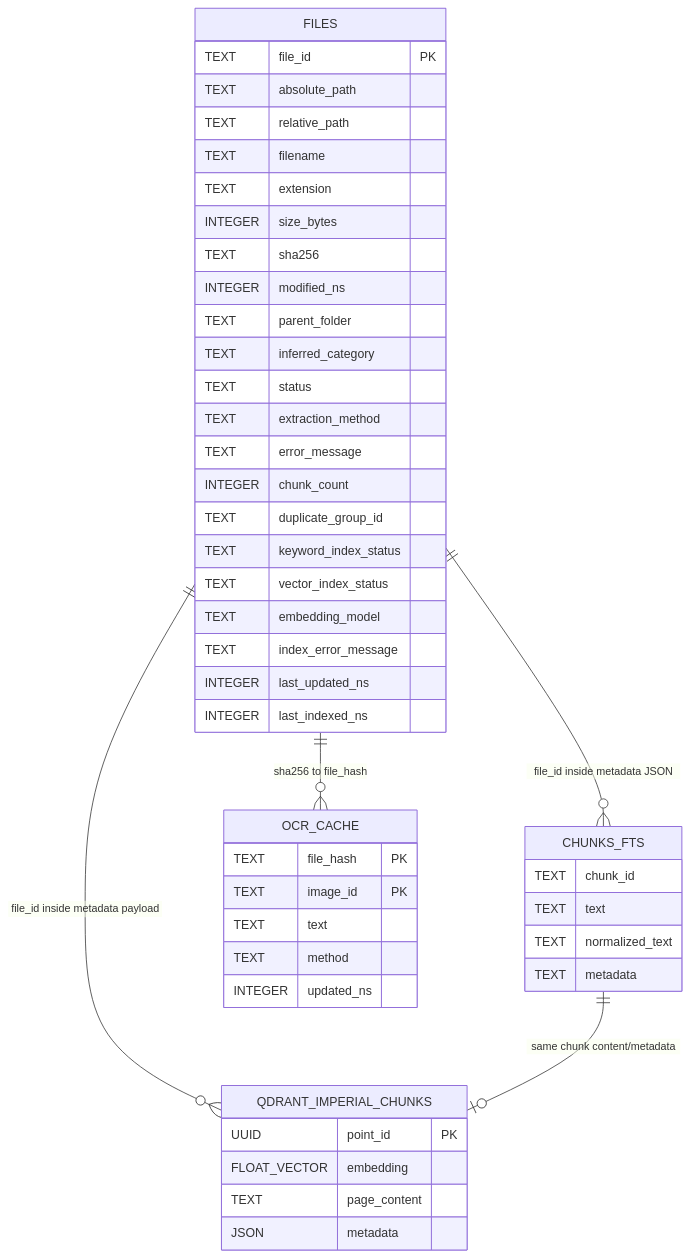
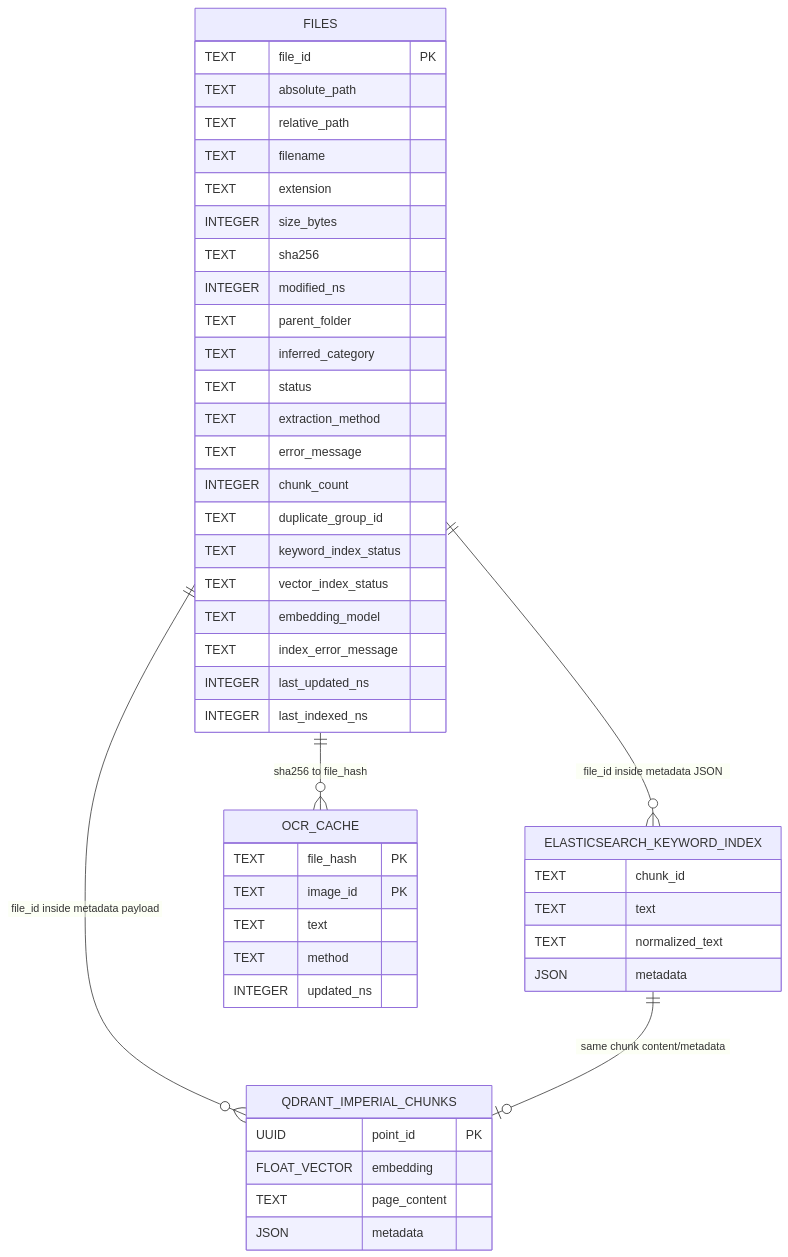
One commit to danil123zxc/imperial changed the first of 2 diagrams in docs/database-schema-diagram.md. Above: the diagram before and after it, drawn with Mermaid. The commit also changed other lines of this file and 3 other files, not shown here.

Commit message:
fix: honor elasticsearch keyword scores

````diff
--- a/docs/database-schema-diagram.md
+++ b/docs/database-schema-diagram.md
@@ -16,53 +18,53 @@
 ```mermaid
 erDiagram
     FILES {
         TEXT file_id PK
         TEXT absolute_path
         TEXT relative_path
         TEXT filename
         TEXT extension
         INTEGER size_bytes
         TEXT sha256
         INTEGER modified_ns
         TEXT parent_folder
         TEXT inferred_category
         TEXT status
         TEXT extraction_method
         TEXT error_message
         INTEGER chunk_count
         TEXT duplicate_group_id
         TEXT keyword_index_status
         TEXT vector_index_status
         TEXT embedding_model
         TEXT index_error_message
         INTEGER last_updated_ns
         INTEGER last_indexed_ns
     }
 
-    CHUNKS_FTS {
+    ELASTICSEARCH_KEYWORD_INDEX {
         TEXT chunk_id
         TEXT text
         TEXT normalized_text
-        TEXT metadata
+        JSON metadata
     }
 
     QDRANT_IMPERIAL_CHUNKS {
         UUID point_id PK
         FLOAT_VECTOR embedding
         TEXT page_content
         JSON metadata
     }
 
     OCR_CACHE {
         TEXT file_hash PK
         TEXT image_id PK
         TEXT text
         TEXT method
         INTEGER updated_ns
     }
 
-    FILES ||--o{ CHUNKS_FTS : "file_id inside metadata JSON"
+    FILES ||--o{ ELASTICSEARCH_KEYWORD_INDEX : "file_id inside metadata JSON"
     FILES ||--o{ QDRANT_IMPERIAL_CHUNKS : "file_id inside metadata payload"
     FILES ||--o{ OCR_CACHE : "sha256 to file_hash"
-    CHUNKS_FTS ||--o| QDRANT_IMPERIAL_CHUNKS : "same chunk content/metadata"
+    ELASTICSEARCH_KEYWORD_INDEX ||--o| QDRANT_IMPERIAL_CHUNKS : "same chunk content/metadata"
 ```
````
